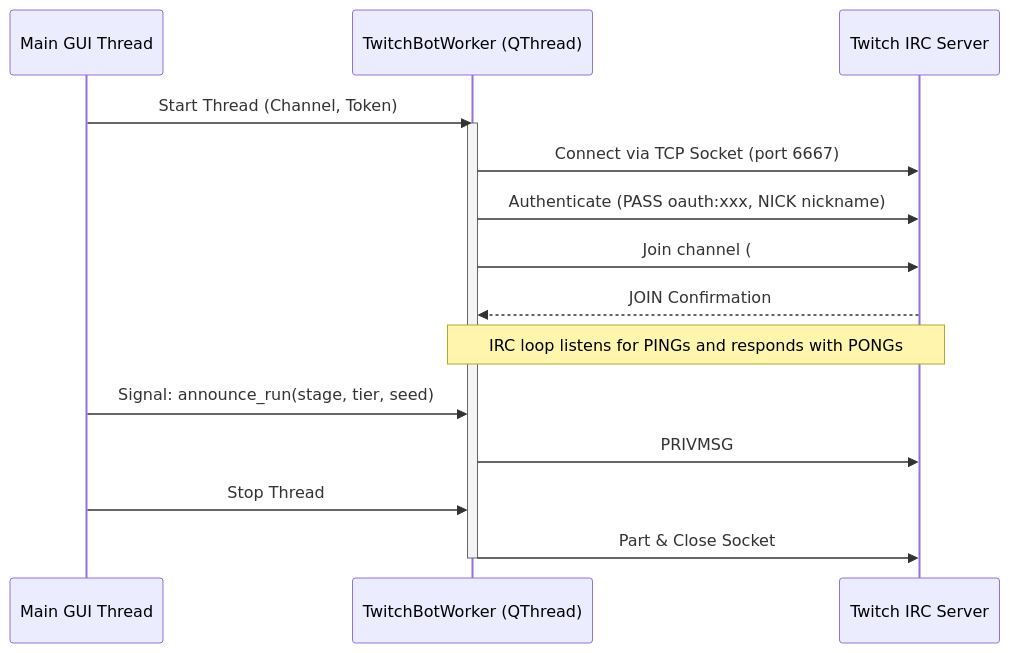
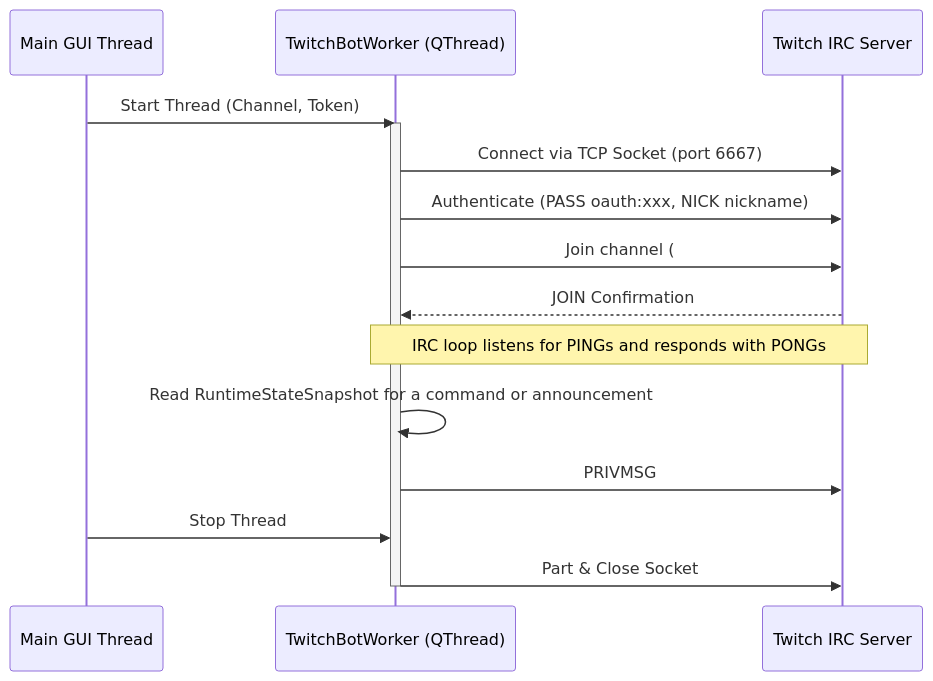
Before and after one commit to ALuiell/BonkScanner: the diagram in docs/wiki/Integrations_and_Overlay.md, drawn with Mermaid. The commit also changed other lines of this file and 12 other files, not shown here.

Commit message:
Align documentation with current architecture

````diff
--- a/docs/wiki/Integrations_and_Overlay.md
+++ b/docs/wiki/Integrations_and_Overlay.md
@@ -16,22 +17,22 @@
 ```mermaid
 sequenceDiagram
     participant GUI as Main GUI Thread
     participant Bot as TwitchBotWorker (QThread)
     participant IRC as Twitch IRC Server
 
     GUI->>Bot: Start Thread (Channel, Token)
     activate Bot
     Bot->>IRC: Connect via TCP Socket (port 6667)
     Bot->>IRC: Authenticate (PASS oauth:xxx, NICK nickname)
     Bot->>IRC: Join channel (#streamer)
     IRC-->>Bot: JOIN Confirmation
 
     Note over Bot, IRC: IRC loop listens for PINGs and responds with PONGs
 
-    GUI->>Bot: Signal: announce_run(stage, tier, seed)
-    Bot->>IRC: PRIVMSG #streamer :Run completed at Stage X (Tier Y)!
+    Bot->>Bot: Read RuntimeStateSnapshot for a command or announcement
+    Bot->>IRC: PRIVMSG #streamer :Response or announcement
 
     GUI->>Bot: Stop Thread
     Bot->>IRC: Part & Close Socket
     deactivate Bot
 ```
````
